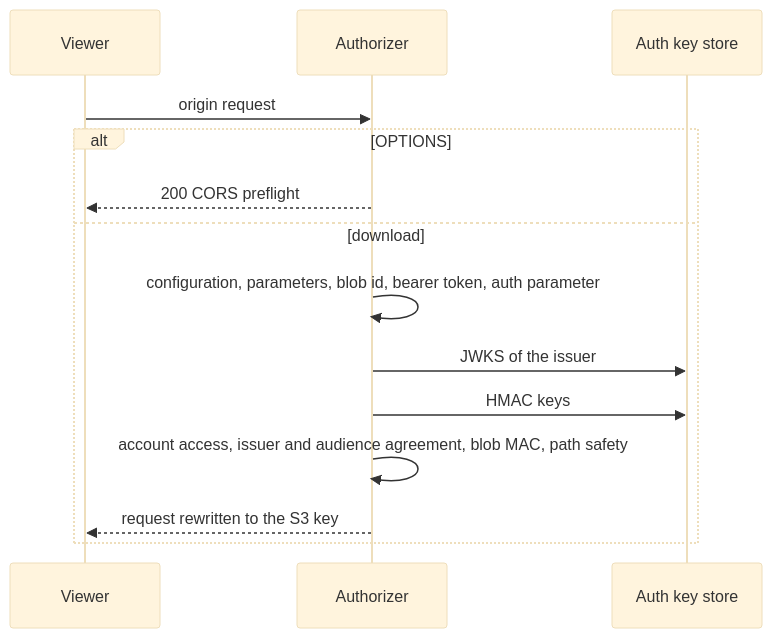
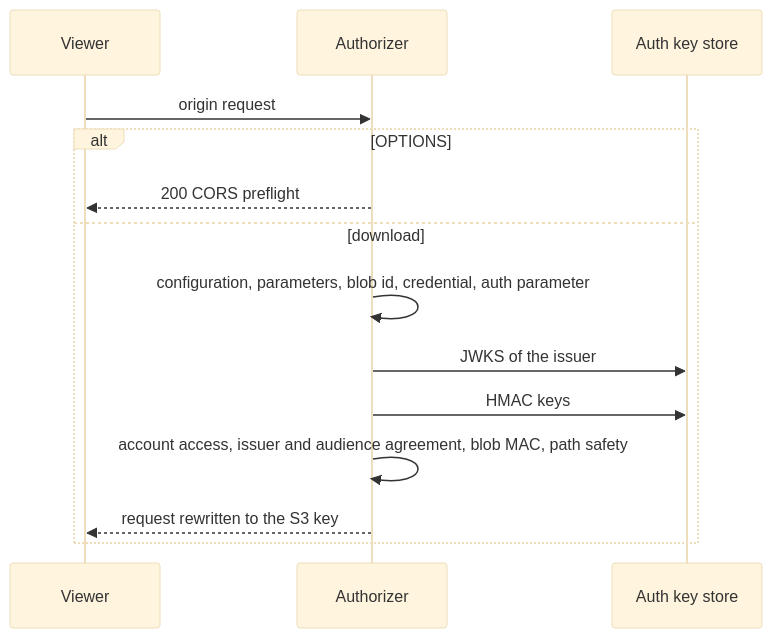
Before and after one commit to serverlessinbox/mailbox-cdk: the second of 2 diagrams in packages/mailbox/src/runtime/jmap-blob-download/README.md, drawn with Mermaid (base theme). The commit also changed other lines of this file and 16 other files, not shown here.

````diff
--- a/packages/mailbox/src/runtime/jmap-blob-download/README.md
+++ b/packages/mailbox/src/runtime/jmap-blob-download/README.md
@@ -53,16 +65,16 @@
 ```mermaid
 sequenceDiagram
   participant V as Viewer
   participant A as Authorizer
   participant S as Auth key store
   V->>A: origin request
   alt OPTIONS
     A-->>V: 200 CORS preflight
   else download
-    A->>A: configuration, parameters, blob id, bearer token, auth parameter
+    A->>A: configuration, parameters, blob id, credential, auth parameter
     A->>S: JWKS of the issuer
     A->>S: HMAC keys
     A->>A: account access, issuer and audience agreement, blob MAC, path safety
     A-->>V: request rewritten to the S3 key
   end
 ```
````
